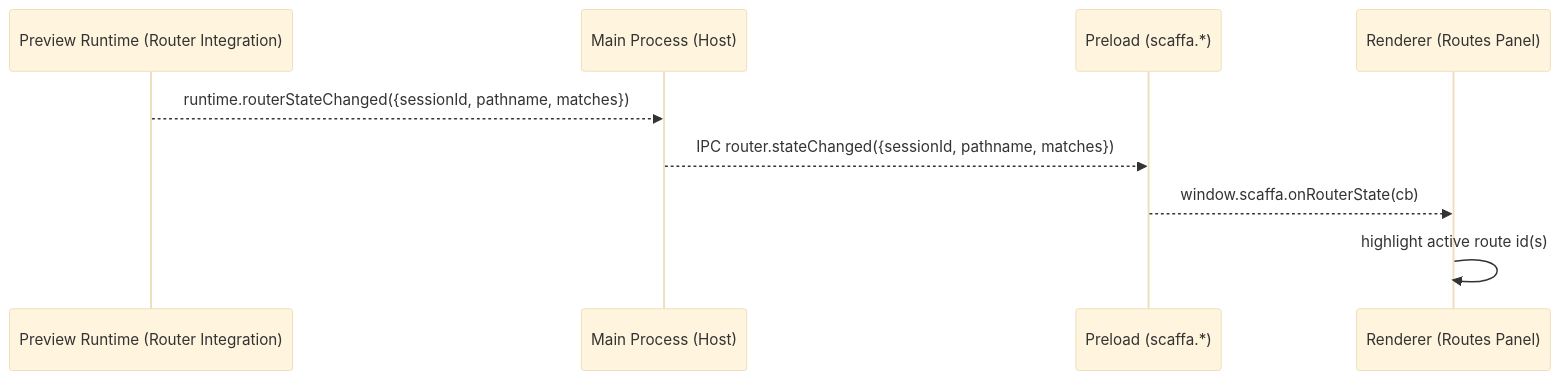
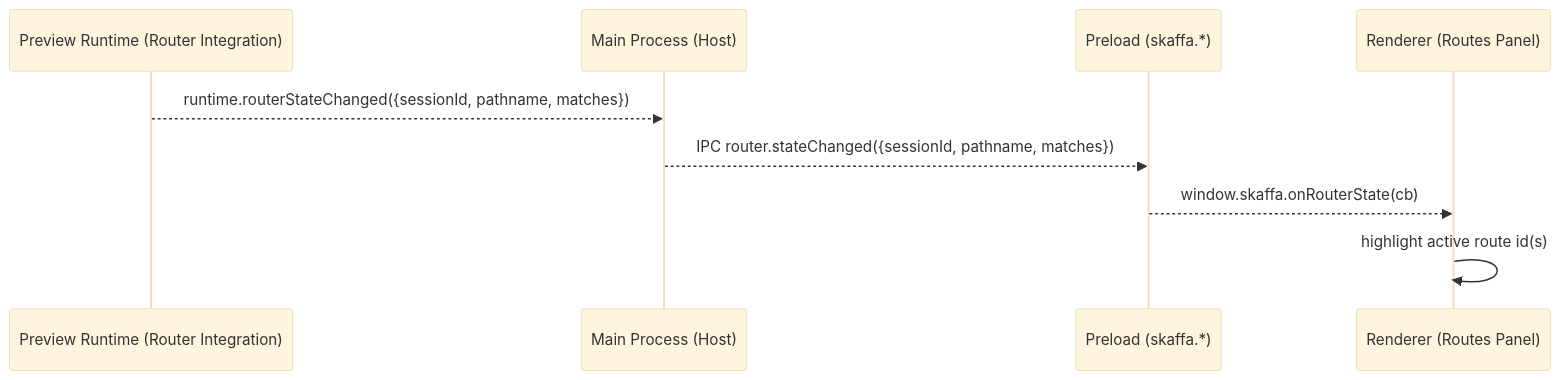
One commit to majtom2grndctrl/scaffa changed the third of 7 diagrams in docs/skaffa_ipc_boundaries_and_sequences.md. Above: the diagram before and after it, drawn with Mermaid (base theme). The commit also changed other lines of this file and 171 other files, not shown here.

Commit message:
Scaffa -> Skaffa

````diff
--- a/docs/skaffa_ipc_boundaries_and_sequences.md
+++ b/docs/skaffa_ipc_boundaries_and_sequences.md
@@ -83,12 +83,12 @@
 ```mermaid
 sequenceDiagram
   participant RT as Preview Runtime (Router Integration)
   participant Main as Main Process (Host)
-  participant PL as Preload (scaffa.*)
+  participant PL as Preload (skaffa.*)
   participant UI as Renderer (Routes Panel)
 
   RT-->>Main: runtime.routerStateChanged({sessionId, pathname, matches})
   Main-->>PL: IPC router.stateChanged({sessionId, pathname, matches})
-  PL-->>UI: window.scaffa.onRouterState(cb)
+  PL-->>UI: window.skaffa.onRouterState(cb)
   UI->>UI: highlight active route id(s)
 ```
````
